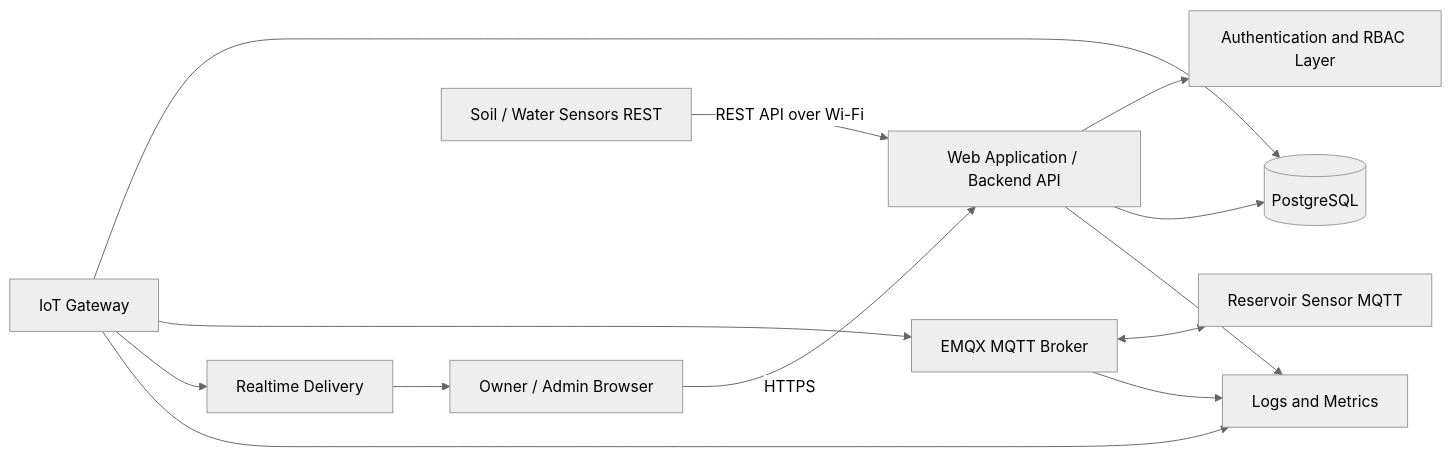
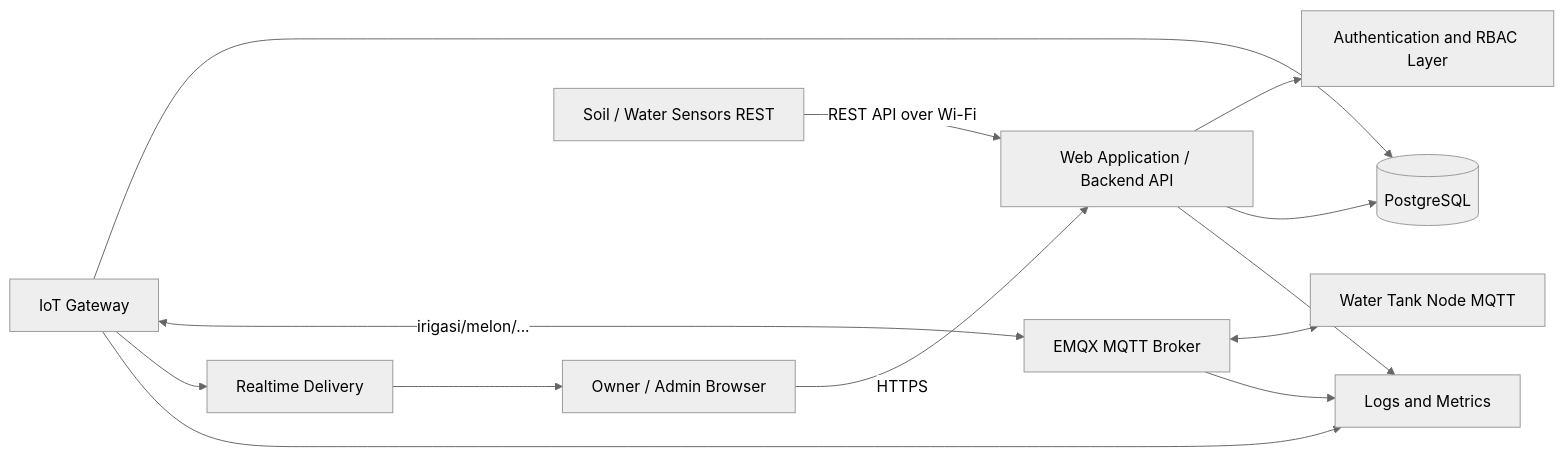
Before and after one commit to Hugo141132/Melon: the first of 5 diagrams in docs/ARCHITECTURE.md, drawn with Mermaid (neutral theme). The commit also changed other lines of this file and 14 other files, not shown here.

````diff
--- a/docs/ARCHITECTURE.md
+++ b/docs/ARCHITECTURE.md
@@ -114,26 +114,26 @@
 ```mermaid
 flowchart LR
     U[Owner / Admin Browser]
     W[Web Application / Backend API]
     A[Authentication and RBAC Layer]
     R[Realtime Delivery]
     G[IoT Gateway]
     M[EMQX MQTT Broker]
     D_Soil[Soil / Water Sensors REST]
-    D_Res[Reservoir Sensor MQTT]
+    D_Res[Water Tank Node MQTT]
     DB[(PostgreSQL)]
     O[Logs and Metrics]
 
     U -->|HTTPS| W
     W --> A
     D_Soil -->|REST API over Wi-Fi| W
     W --> DB
     G --> DB
-    G --> M
+    G <-->|irigasi/melon/...| M
     M <--> D_Res
     G --> R
     R --> U
     W --> O
     G --> O
     M --> O
 ```
````
